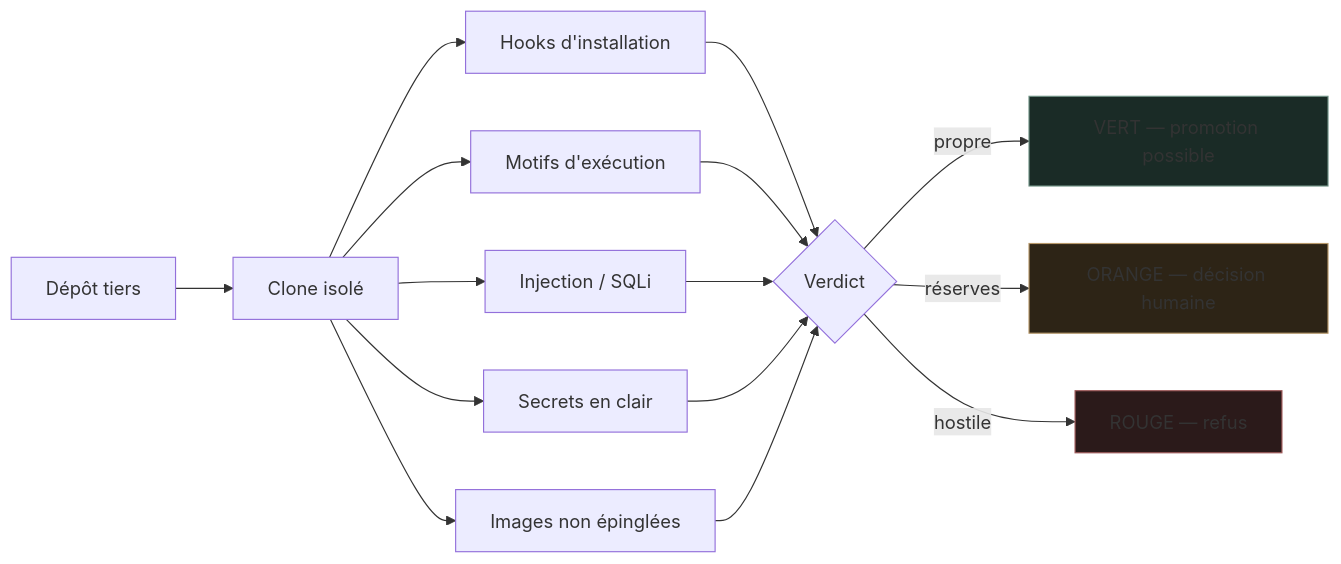
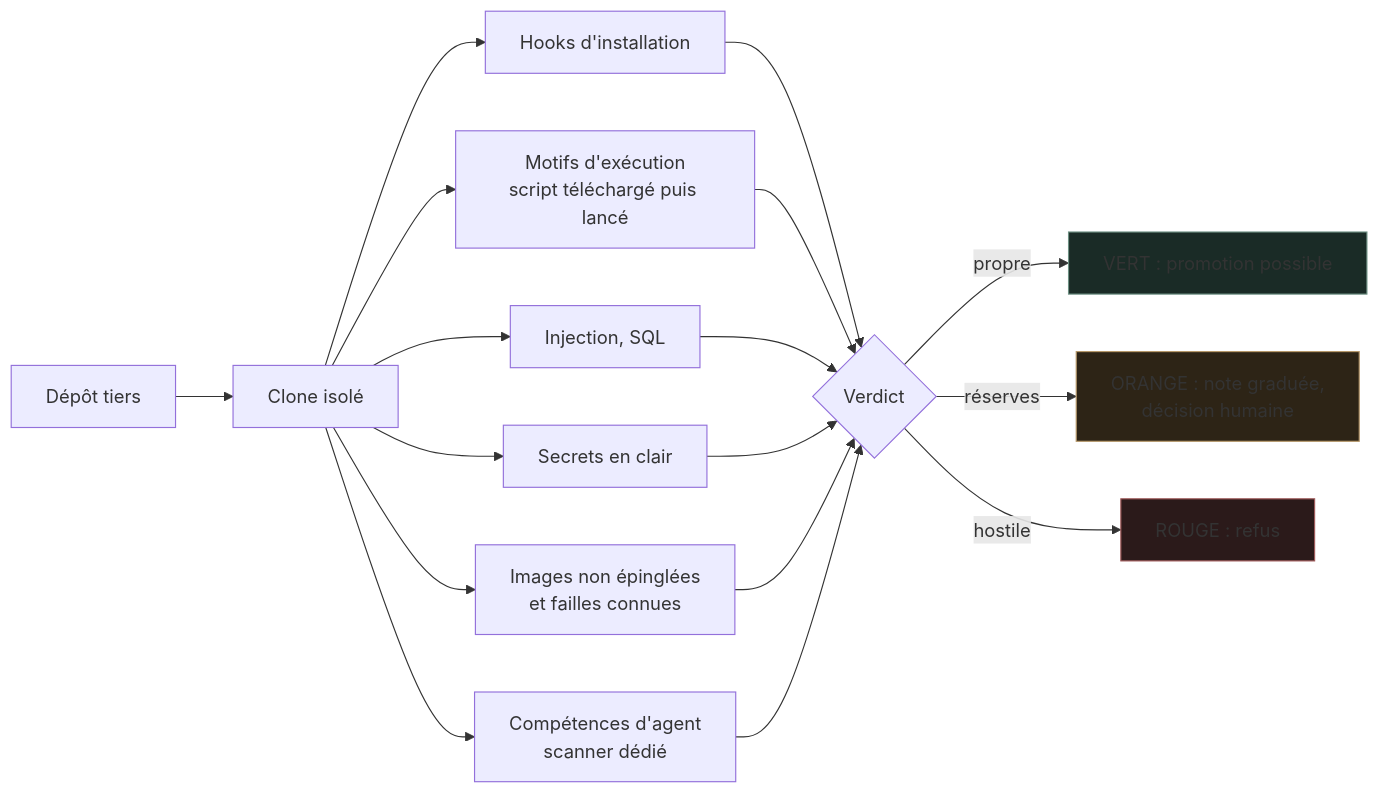
One commit to TimoLeDozo/Infrastructure changed the fourth of 5 diagrams in README.md. Above: the diagram before and after it, drawn with Mermaid. The commit also changed other lines of this file, not shown here.

First line of the commit message:
docs: chiffres mesures, boucle d'auto-amelioration, grille de notation sur 20, schema de reprise

````diff
--- a/README.md
+++ b/README.md
@@ -112,17 +183,18 @@
 ```mermaid
 flowchart LR
     T["Dépôt tiers"] --> C["Clone isolé"]
     C --> H["Hooks d'installation"]
-    C --> M["Motifs d'exécution"]
-    C --> I["Injection / SQLi"]
+    C --> M["Motifs d'exécution<br/>script téléchargé puis lancé"]
+    C --> I["Injection, SQL"]
     C --> S["Secrets en clair"]
-    C --> D["Images non épinglées"]
-    H & M & I & S & D --> V{Verdict}
-    V -->|propre| VERT["VERT — promotion possible"]
-    V -->|réserves| ORANGE["ORANGE — décision humaine"]
-    V -->|hostile| ROUGE["ROUGE — refus"]
+    C --> D["Images non épinglées<br/>et failles connues"]
+    C --> K["Compétences d'agent<br/>scanner dédié"]
+    H & M & I & S & D & K --> V{Verdict}
+    V -->|propre| VERT["VERT : promotion possible"]
+    V -->|réserves| ORANGE["ORANGE : note graduée,<br/>décision humaine"]
+    V -->|hostile| ROUGE["ROUGE : refus"]
 
     style VERT fill:#1a2b26,stroke:#6d9083
     style ORANGE fill:#2d2416,stroke:#b7986a
     style ROUGE fill:#2b1a1a,stroke:#a05a5a
 ```
````
